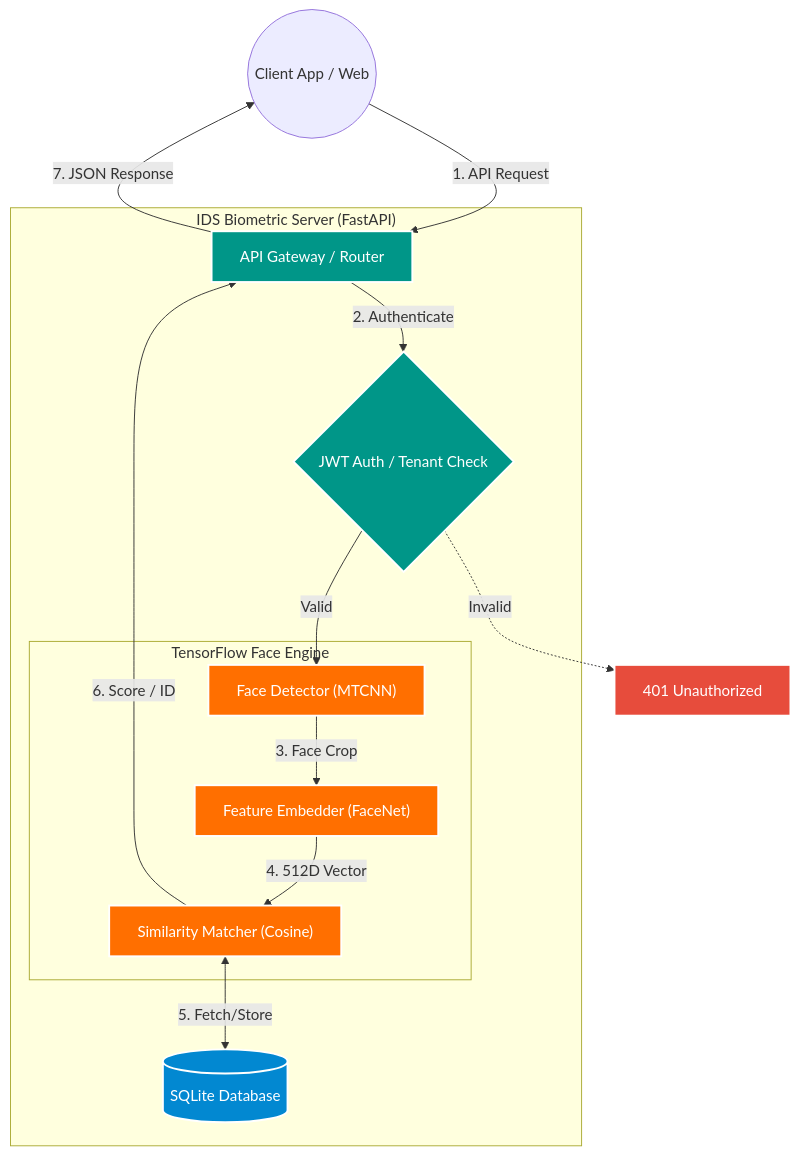
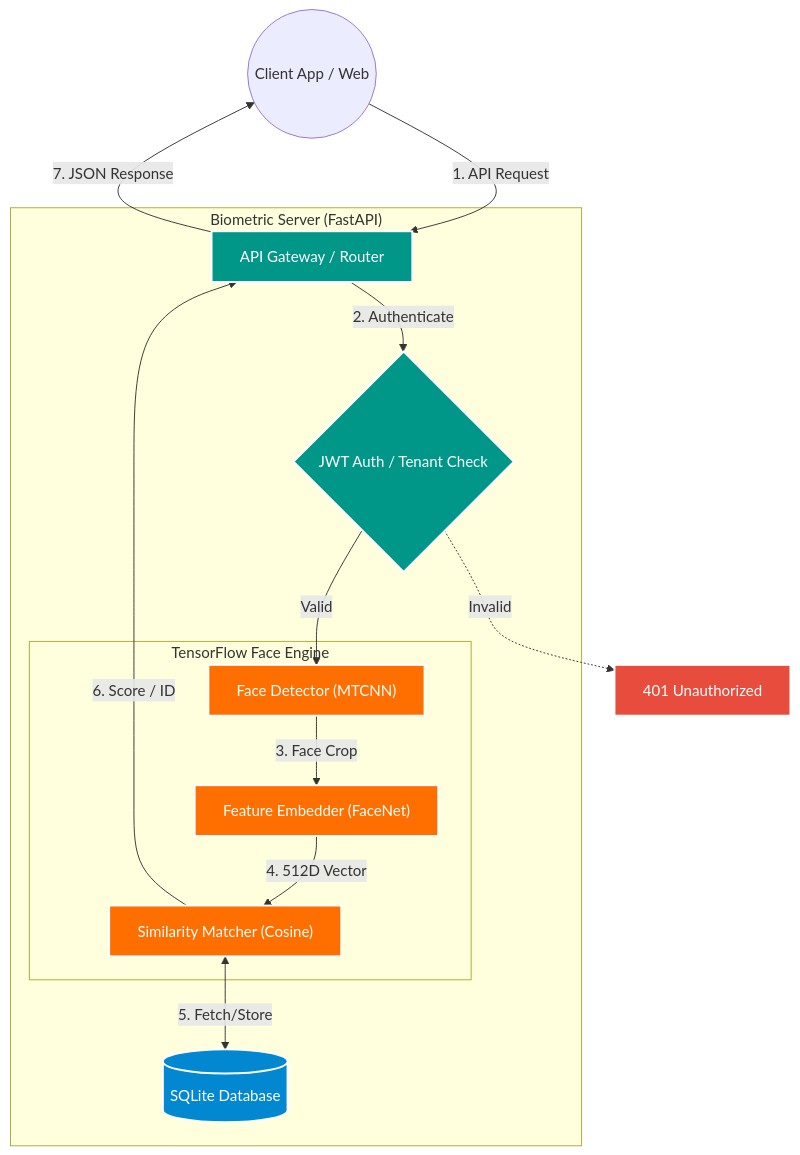
One commit to Mohammad007/face-biometric-sdk changed the first of 2 diagrams in README.md. Above: the diagram before and after it, drawn with Mermaid. The commit also changed other lines of this file, not shown here.

Commit message:
docs: update README to remove "IDS Soft" branding and change project attribution to "Mohammad007".

````diff
--- a/README.md
+++ b/README.md
@@ -237,43 +237,43 @@
 ```mermaid
 graph TD
     %% Entities
     Client((Client App / Web))
         
-    subgraph "IDS Biometric Server &lpar;FastAPI&rpar;"
+    subgraph "Biometric Server &lpar;FastAPI&rpar;"
         Gateway["API Gateway / Router"]
         Auth{"JWT Auth / Tenant Check"}
         
         subgraph "TensorFlow Face Engine"
             Detector["Face Detector &lpar;MTCNN&rpar;"]
             Embedder["Feature Embedder &lpar;FaceNet&rpar;"]
             Matcher["Similarity Matcher &lpar;Cosine&rpar;"]
         end
         
         DB[("SQLite Database")]
     end
     
     %% Flow
     Client -- "1. API Request" --> Gateway
     Gateway -- "2. Authenticate" --> Auth
     Auth -- "Valid" --> Detector
     Auth -. "Invalid" .-> Exception["401 Unauthorized"]
     
     Detector -- "3. Face Crop" --> Embedder
     Embedder -- "4. 512D Vector" --> Matcher
     
     %% Data Ops
     Matcher <--> |"5. Fetch/Store"| DB
     
     %% Response
     Matcher -- "6. Score / ID" --> Gateway
     Gateway -- "7. JSON Response" --> Client
 
     classDef core fill:#009688,stroke:#fff,stroke-width:2px,color:#fff;
     classDef engine fill:#FF6F00,stroke:#fff,stroke-width:2px,color:#fff;
     classDef db fill:#0288D1,stroke:#fff,stroke-width:2px,color:#fff;
     classDef error fill:#E74C3C,stroke:#fff,stroke-width:2px,color:#fff;
     class Gateway,Auth core;
     class Detector,Embedder,Matcher engine;
     class DB db;
     class Exception error;
 ```
````
